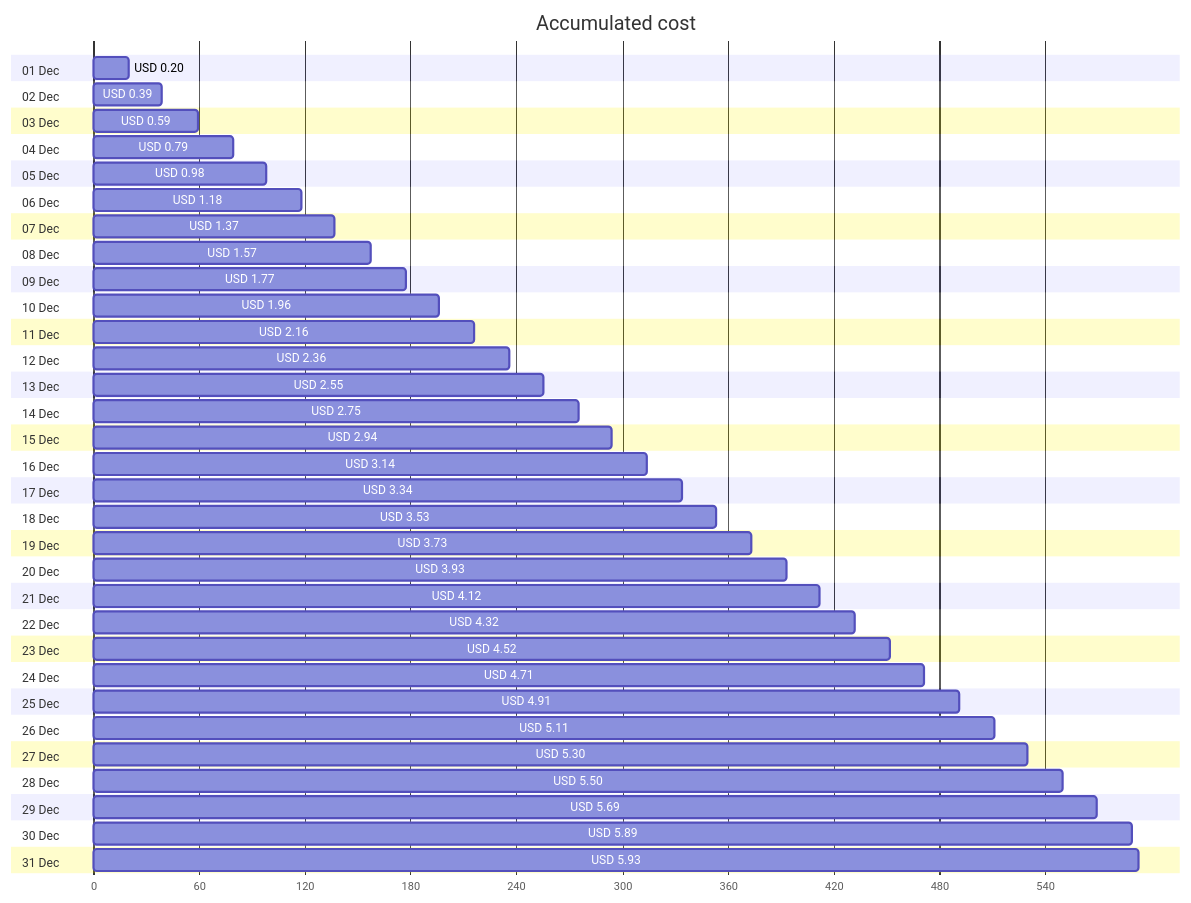
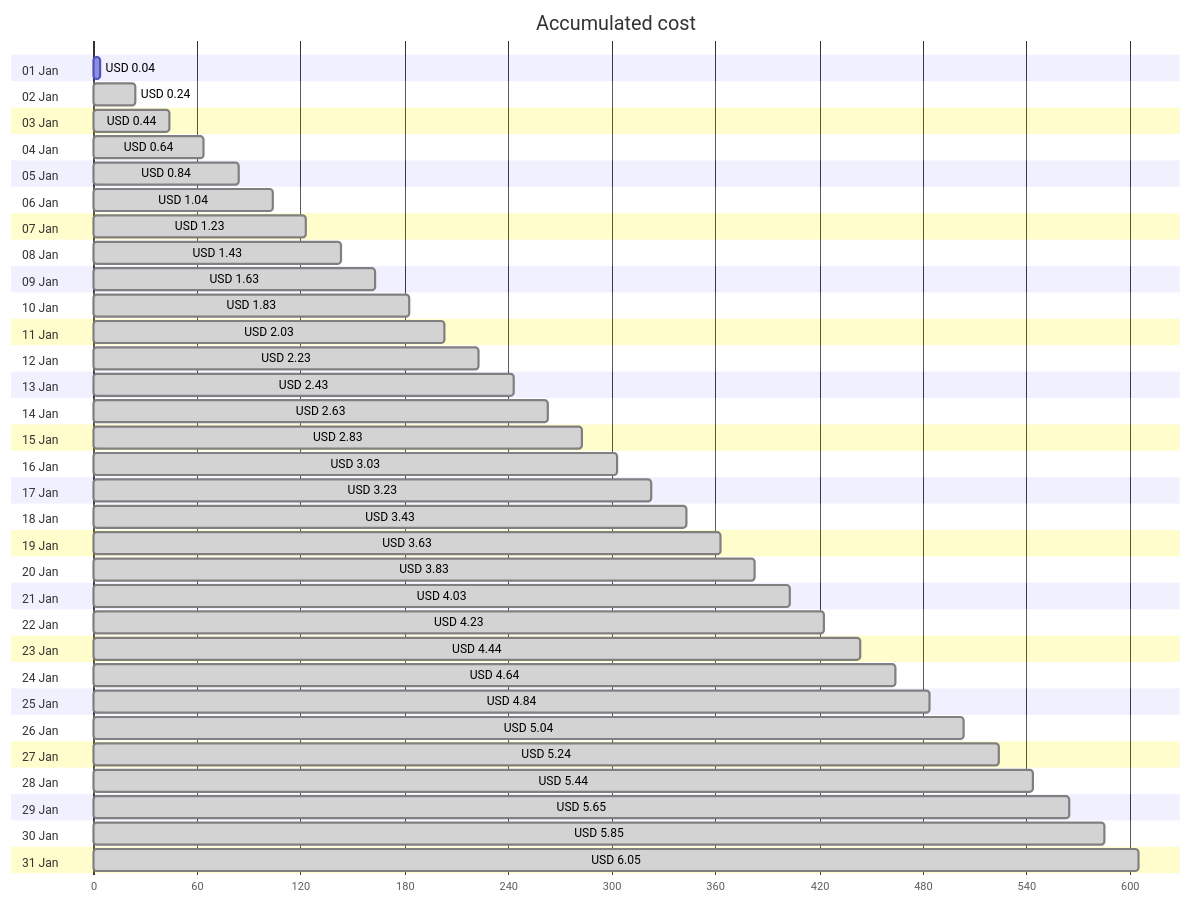
One commit to jpfulton/azure-personal-reports changed the first of 4 diagrams in cost-reports/personal-network/backup-server.md. Above: the diagram before and after it, drawn with Mermaid. The commit also changed other lines of this file and 8 other files, not shown here.

````diff
--- a/cost-reports/personal-network/backup-server.md
+++ b/cost-reports/personal-network/backup-server.md
@@ -20,68 +20,68 @@
 ```mermaid
 gantt
    title Accumulated cost
    dateFormat  X
    axisFormat %s
-   section 01 Dec
-   USD 0.20 :0, 20
-   section 02 Dec
-   USD 0.39 :0, 39
-   section 03 Dec
-   USD 0.59 :0, 59
-   section 04 Dec
-   USD 0.79 :0, 79
-   section 05 Dec
-   USD 0.98 :0, 98
-   section 06 Dec
-   USD 1.18 :0, 118
-   section 07 Dec
-   USD 1.37 :0, 137
-   section 08 Dec
-   USD 1.57 :0, 157
-   section 09 Dec
-   USD 1.77 :0, 177
-   section 10 Dec
-   USD 1.96 :0, 196
-   section 11 Dec
-   USD 2.16 :0, 216
-   section 12 Dec
-   USD 2.36 :0, 236
-   section 13 Dec
-   USD 2.55 :0, 255
-   section 14 Dec
-   USD 2.75 :0, 275
-   section 15 Dec
-   USD 2.94 :0, 294
-   section 16 Dec
-   USD 3.14 :0, 314
-   section 17 Dec
-   USD 3.34 :0, 334
-   section 18 Dec
-   USD 3.53 :0, 353
-   section 19 Dec
-   USD 3.73 :0, 373
-   section 20 Dec
-   USD 3.93 :0, 393
-   section 21 Dec
-   USD 4.12 :0, 412
-   section 22 Dec
-   USD 4.32 :0, 432
-   section 23 Dec
-   USD 4.52 :0, 452
-   section 24 Dec
-   USD 4.71 :0, 471
-   section 25 Dec
-   USD 4.91 :0, 491
-   section 26 Dec
-   USD 5.11 :0, 511
-   section 27 Dec
-   USD 5.30 :0, 530
-   section 28 Dec
-   USD 5.50 :0, 550
-   section 29 Dec
-   USD 5.69 :0, 569
-   section 30 Dec
-   USD 5.89 :0, 589
-   section 31 Dec
-   USD 5.93 :0, 593
+   section 01 Jan
+   USD 0.04 :0, 4
+   section 02 Jan
+   USD 0.24 : done, 0, 24
+   section 03 Jan
+   USD 0.44 : done, 0, 44
+   section 04 Jan
+   USD 0.64 : done, 0, 64
+   section 05 Jan
+   USD 0.84 : done, 0, 84
+   section 06 Jan
+   USD 1.04 : done, 0, 104
+   section 07 Jan
+   USD 1.23 : done, 0, 123
+   section 08 Jan
+   USD 1.43 : done, 0, 143
+   section 09 Jan
+   USD 1.63 : done, 0, 163
+   section 10 Jan
+   USD 1.83 : done, 0, 183
+   section 11 Jan
+   USD 2.03 : done, 0, 203
+   section 12 Jan
+   USD 2.23 : done, 0, 223
+   section 13 Jan
+   USD 2.43 : done, 0, 243
+   section 14 Jan
+   USD 2.63 : done, 0, 263
+   section 15 Jan
+   USD 2.83 : done, 0, 283
+   section 16 Jan
+   USD 3.03 : done, 0, 303
+   section 17 Jan
+   USD 3.23 : done, 0, 323
+   section 18 Jan
+   USD 3.43 : done, 0, 343
+   section 19 Jan
+   USD 3.63 : done, 0, 363
+   section 20 Jan
+   USD 3.83 : done, 0, 383
+   section 21 Jan
+   USD 4.03 : done, 0, 403
+   section 22 Jan
+   USD 4.23 : done, 0, 423
+   section 23 Jan
+   USD 4.44 : done, 0, 444
+   section 24 Jan
+   USD 4.64 : done, 0, 464
+   section 25 Jan
+   USD 4.84 : done, 0, 484
+   section 26 Jan
+   USD 5.04 : done, 0, 504
+   section 27 Jan
+   USD 5.24 : done, 0, 524
+   section 28 Jan
+   USD 5.44 : done, 0, 544
+   section 29 Jan
+   USD 5.65 : done, 0, 565
+   section 30 Jan
+   USD 5.85 : done, 0, 585
+   section 31 Jan
+   USD 6.05 : done, 0, 605
 ```
````
